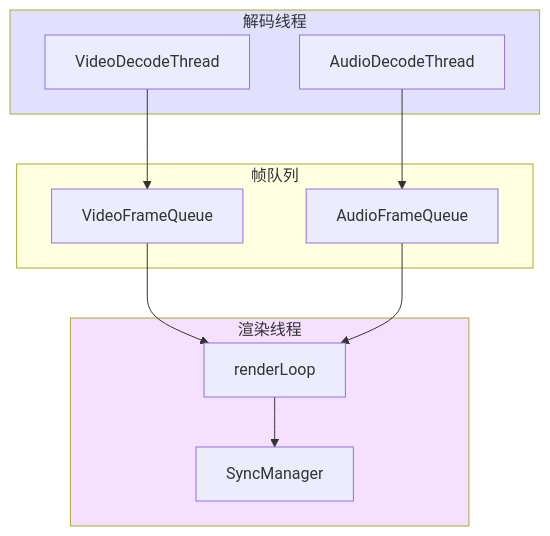
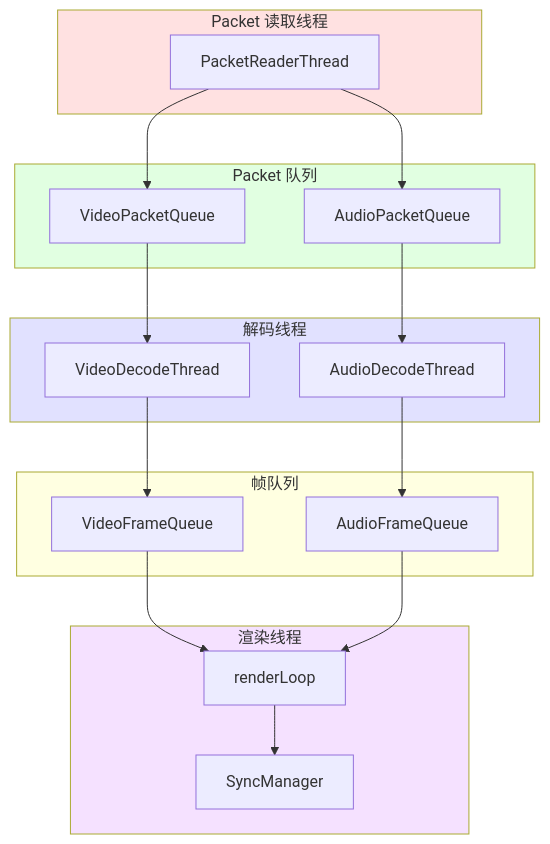
Before and after one commit to DISLIKELIKE/modern-video-player: the sixth of 6 diagrams in docs/ARCHITECTURE.md, drawn with Mermaid. The commit also changed other lines of this file and 2 other files, not shown here.

````diff
--- a/docs/ARCHITECTURE.md
+++ b/docs/ARCHITECTURE.md
@@ -369,27 +403,42 @@
 ```mermaid
 graph TB
+    subgraph PacketReader["Packet 读取线程"]
+        P1[PacketReaderThread]
+    end
+    
+    subgraph PacketQueues["Packet 队列"]
+        PQ1[VideoPacketQueue]
+        PQ2[AudioPacketQueue]
+    end
+    
     subgraph DecodeThreads["解码线程"]
         L1[VideoDecodeThread]
         L2[AudioDecodeThread]
     end
     
-    subgraph Queues["帧队列"]
+    subgraph FrameQueues["帧队列"]
         Q1[VideoFrameQueue]
         Q2[AudioFrameQueue]
     end
     
     subgraph RenderThread["渲染线程"]
         R1[renderLoop]
         R2[SyncManager]
     end
     
+    P1 --> PQ1
+    P1 --> PQ2
+    PQ1 --> L1
+    PQ2 --> L2
     L1 --> Q1
     L2 --> Q2
     Q1 --> R1
     Q2 --> R1
     R1 --> R2
     
+    style PacketReader fill:#ffe1e1
+    style PacketQueues fill:#e1ffe1
     style DecodeThreads fill:#e1e1ff
-    style Queues fill:#ffffe1
+    style FrameQueues fill:#ffffe1
     style RenderThread fill:#f5e1ff
 ```
````
